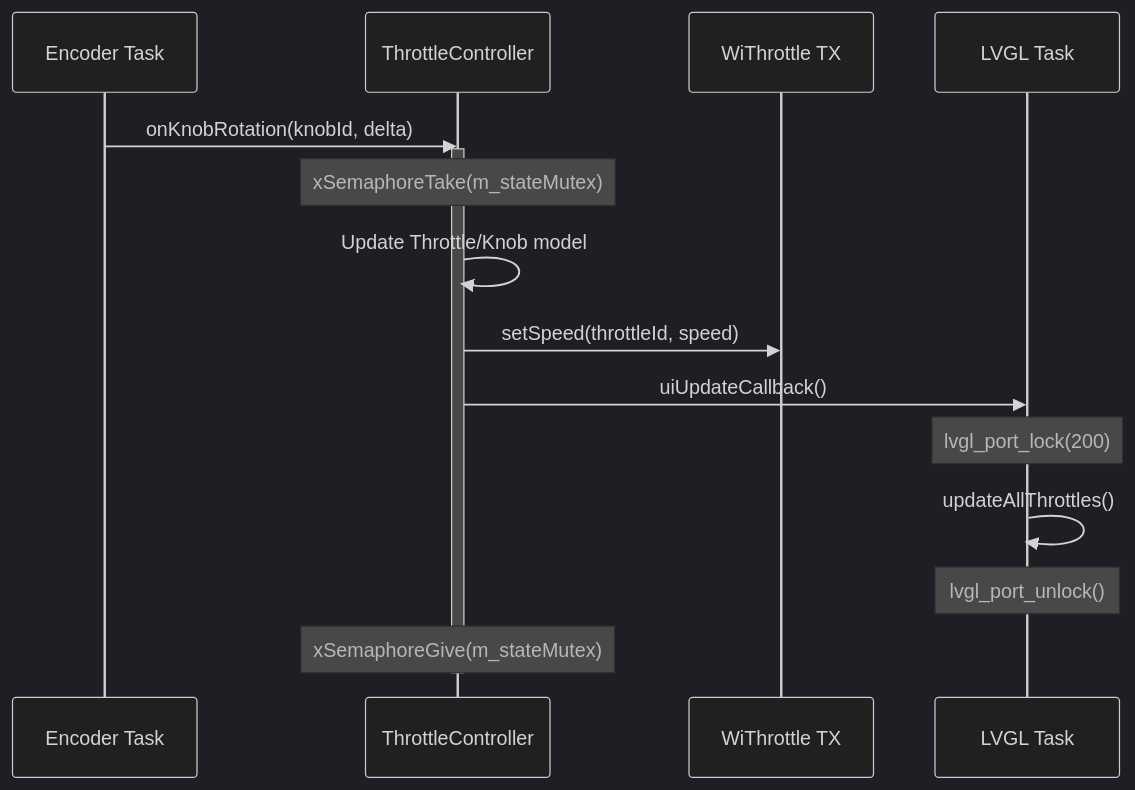
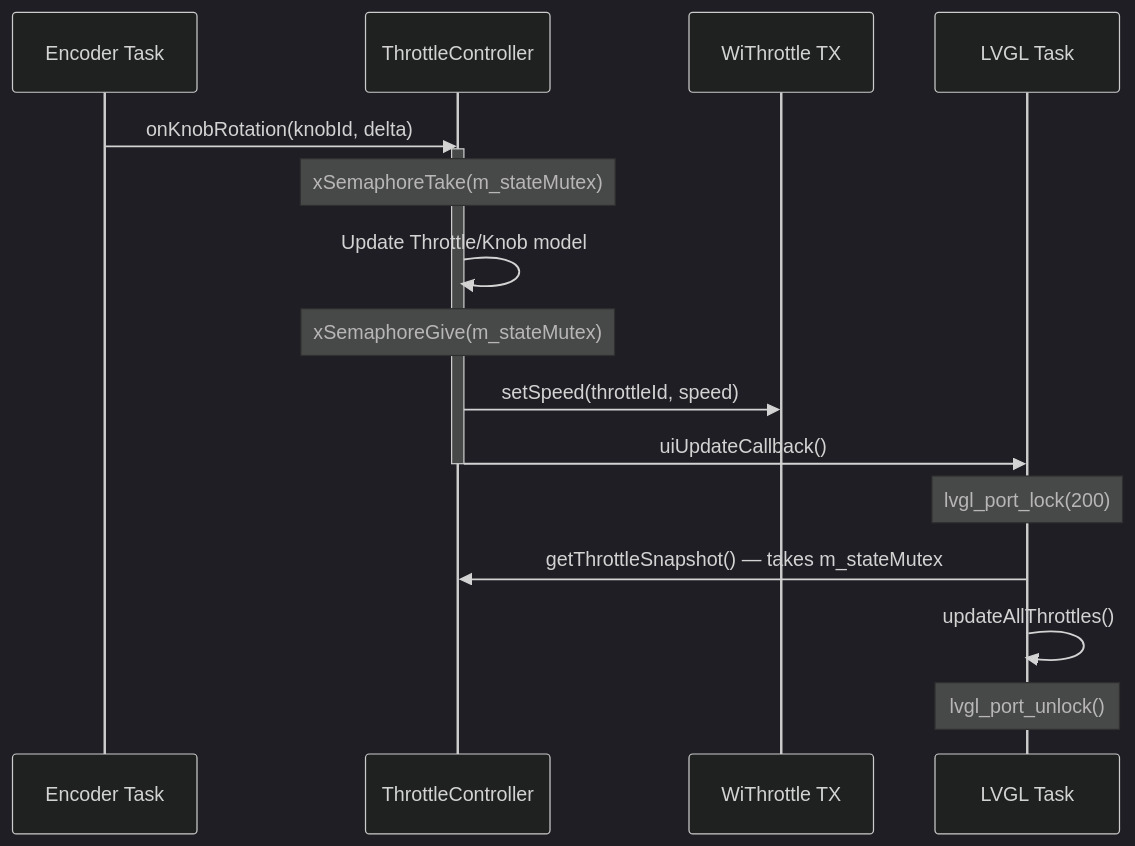
One commit to bazauto/esp-layout-controller changed the second of 3 diagrams in docs/architecture/THREADING_MODEL.md. Above: the diagram before and after it, drawn with Mermaid (dark theme). The commit also changed other lines of this file and 25 other files, not shown here.

````diff
--- a/docs/architecture/THREADING_MODEL.md
+++ b/docs/architecture/THREADING_MODEL.md
@@ -93,19 +93,20 @@
 ```mermaid
 sequenceDiagram
     participant Enc as Encoder Task
     participant TC as ThrottleController
     participant WT as WiThrottle TX
     participant UI as LVGL Task
 
     Enc->>TC: onKnobRotation(knobId, delta)
     activate TC
     Note over TC: xSemaphoreTake(m_stateMutex)
     TC->>TC: Update Throttle/Knob model
+    Note over TC: xSemaphoreGive(m_stateMutex)
     TC->>WT: setSpeed(throttleId, speed)
     TC->>UI: uiUpdateCallback()
+    deactivate TC
     Note over UI: lvgl_port_lock(200)
+    UI->>TC: getThrottleSnapshot() — takes m_stateMutex
     UI->>UI: updateAllThrottles()
     Note over UI: lvgl_port_unlock()
-    Note over TC: xSemaphoreGive(m_stateMutex)
-    deactivate TC
 ```
````
